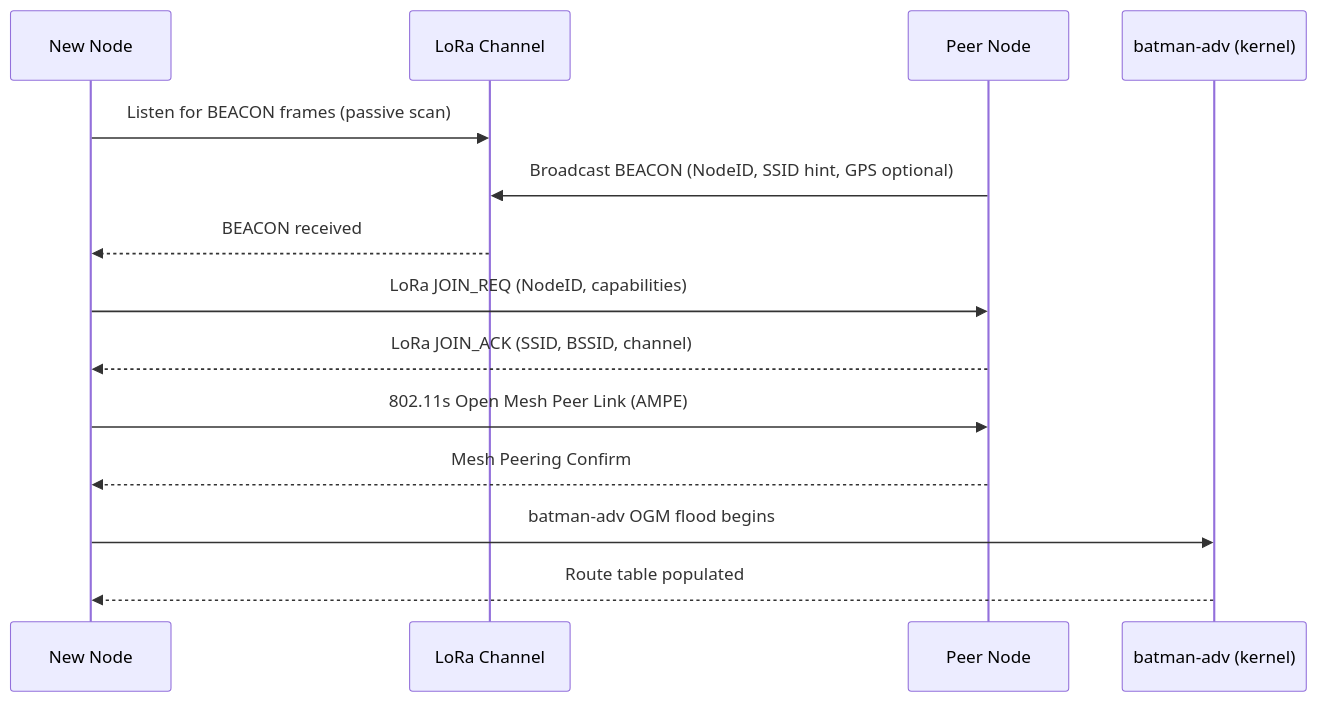
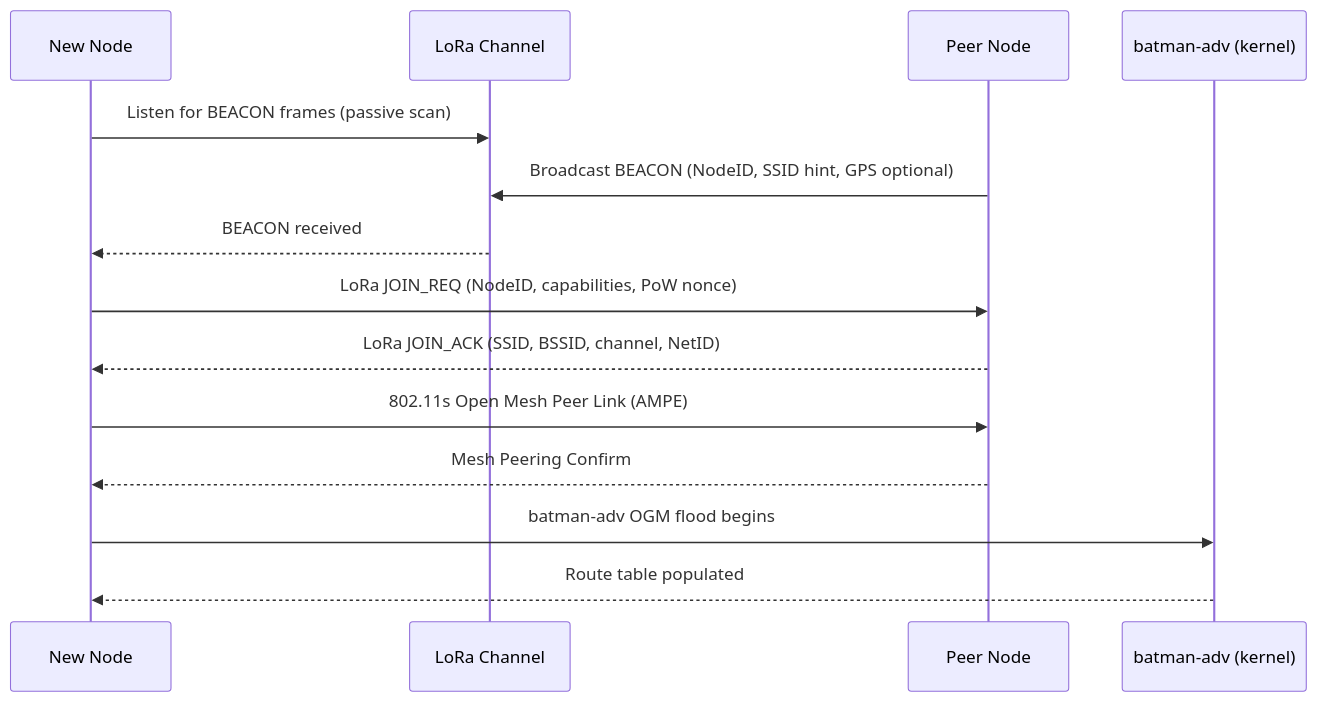
Before and after one commit to opd-ai/conspiracy: the diagram in docs/lora-mesh-design.md, drawn with Mermaid. The commit also changed other lines of this file, not shown here.

````diff
--- a/docs/lora-mesh-design.md
+++ b/docs/lora-mesh-design.md
@@ -72,17 +78,17 @@
 ```mermaid
 sequenceDiagram
     participant N as New Node
     participant L as LoRa Channel
     participant P as Peer Node
     participant K as batman-adv (kernel)
 
     N->>L: Listen for BEACON frames (passive scan)
     P->>L: Broadcast BEACON (NodeID, SSID hint, GPS optional)
     L-->>N: BEACON received
-    N->>P: LoRa JOIN_REQ (NodeID, capabilities)
-    P-->>N: LoRa JOIN_ACK (SSID, BSSID, channel)
+    N->>P: LoRa JOIN_REQ (NodeID, capabilities, PoW nonce)
+    P-->>N: LoRa JOIN_ACK (SSID, BSSID, channel, NetID)
     N->>P: 802.11s Open Mesh Peer Link (AMPE)
     P-->>N: Mesh Peering Confirm
     N->>K: batman-adv OGM flood begins
     K-->>N: Route table populated
 ```
````
